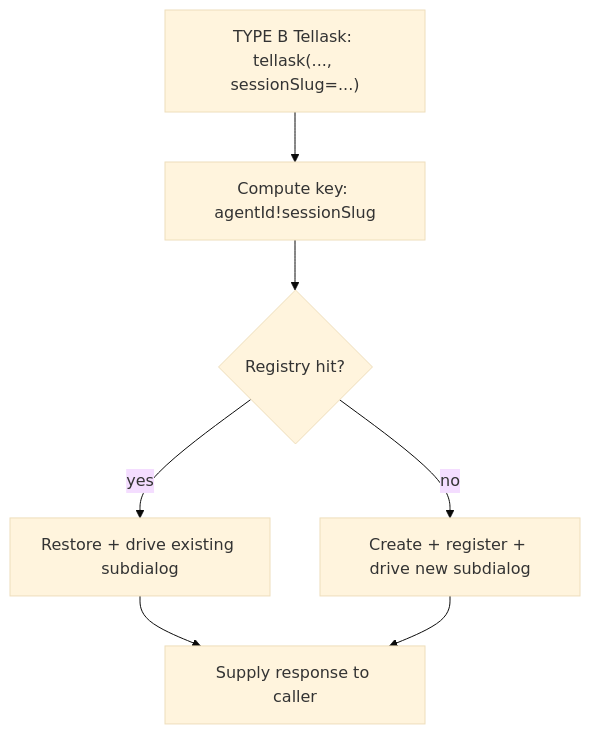
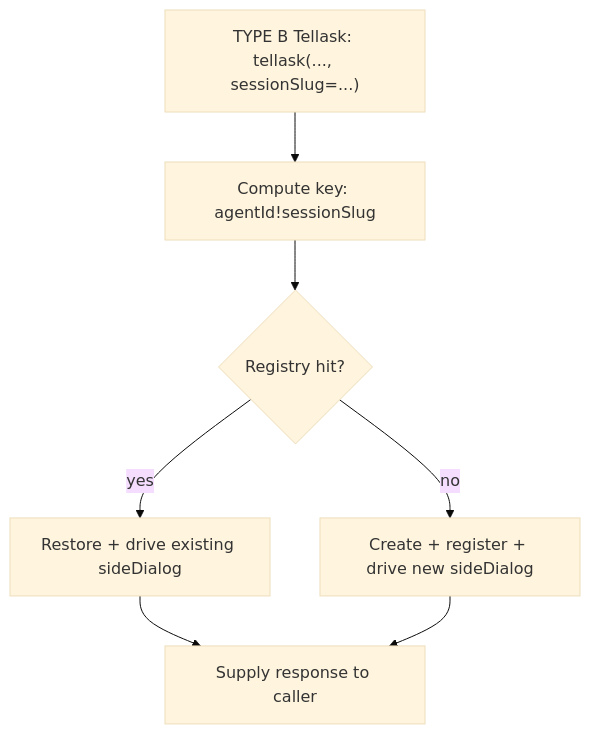
Before and after one commit to longrun-ai/dominds: the eighth of 18 diagrams in docs/dialog-system.md, drawn with Mermaid (base theme). The commit also changed other lines of this file and 195 other files, not shown here.

````diff
--- a/docs/dialog-system.md
+++ b/docs/dialog-system.md
@@ -906,9 +908,9 @@
 ```mermaid
 flowchart TD
   Tellask["TYPE B Tellask: tellask(..., sessionSlug=...)"] --> Key[Compute key: agentId!sessionSlug]
   Key --> Lookup{Registry hit?}
-  Lookup -- yes --> Resume[Restore + drive existing subdialog]
-  Lookup -- no --> Create[Create + register + drive new subdialog]
+  Lookup -- yes --> Resume[Restore + drive existing sideDialog]
+  Lookup -- no --> Create[Create + register + drive new sideDialog]
   Resume --> Supply[Supply response to caller]
   Create --> Supply
 ```
````
